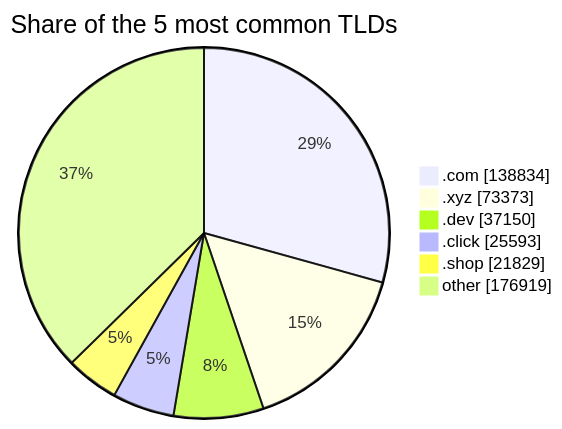
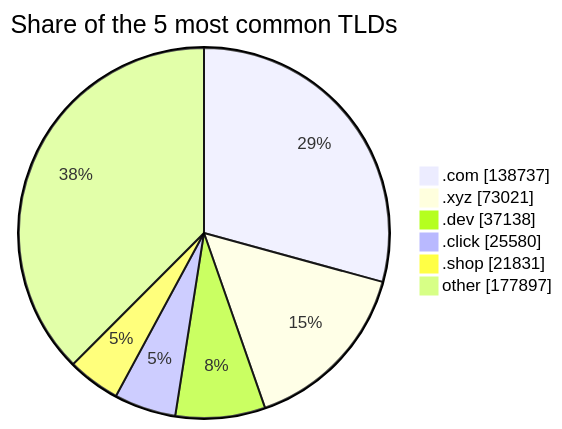
The third of 3 diagrams in README.md (DNSBunker/CTI), drawn with Mermaid before and after one commit. The commit also changed other lines of this file and 3 other files, not shown here.

````diff
--- a/README.md
+++ b/README.md
@@ -81,9 +81,9 @@
 ```mermaid
 pie showData title Share of the 5 most common TLDs
-    ".com" : 138834
-    ".xyz" : 73373
-    ".dev" : 37150
-    ".click" : 25593
-    ".shop" : 21829
-    "other" : 176919
+    ".com" : 138737
+    ".xyz" : 73021
+    ".dev" : 37138
+    ".click" : 25580
+    ".shop" : 21831
+    "other" : 177897
 ```
````
